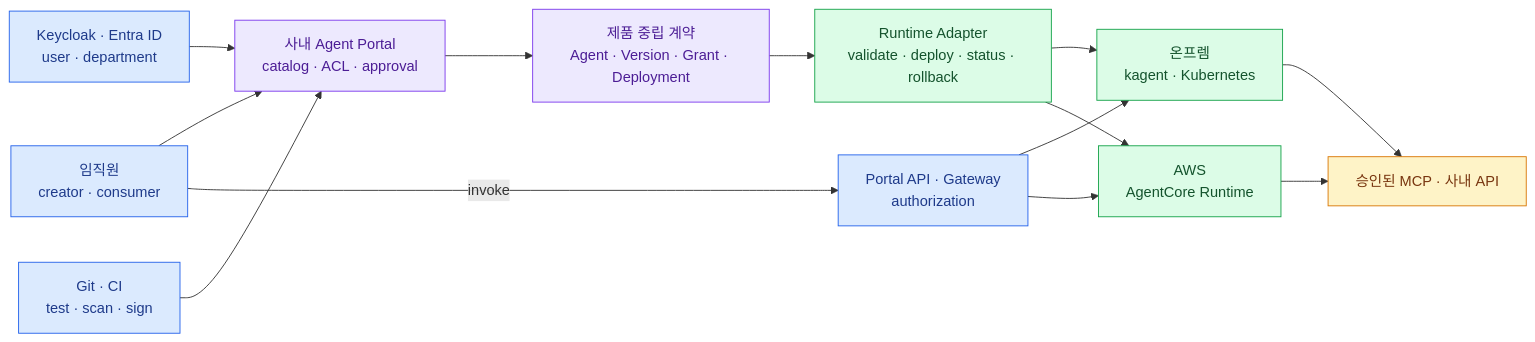
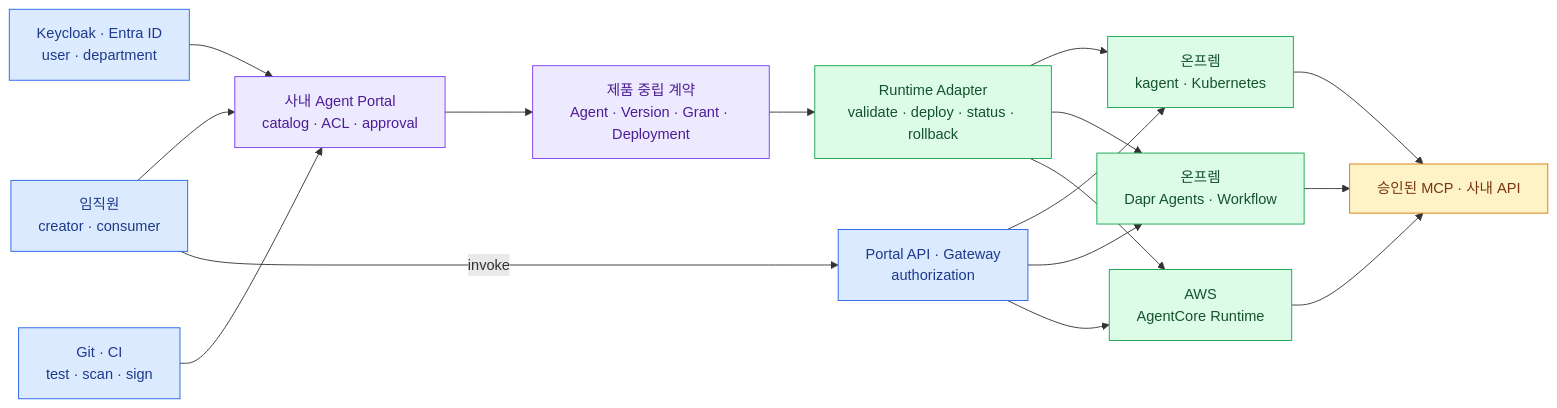
The diagram in src/content/docs/agent-platform/index.mdx (mechurak/study-starlight), drawn with Mermaid before and after one commit. The commit also changed other lines of this file and 24 other files, not shown here.

````diff
--- a/src/content/docs/agent-platform/index.mdx
+++ b/src/content/docs/agent-platform/index.mdx
@@ -21,26 +21,29 @@
 ```mermaid
 flowchart LR
     USER["임직원<br/>creator · consumer"] --> PORTAL["사내 Agent Portal<br/>catalog · ACL · approval"]
     IDP["Keycloak · Entra ID<br/>user · department"] --> PORTAL
     GIT["Git · CI<br/>test · scan · sign"] --> PORTAL
 
     PORTAL --> CORE["제품 중립 계약<br/>Agent · Version · Grant · Deployment"]
     CORE --> ADAPTER["Runtime Adapter<br/>validate · deploy · status · rollback"]
     ADAPTER --> KAG["온프렘<br/>kagent · Kubernetes"]
+    ADAPTER --> DAPR["온프렘<br/>Dapr Agents · Workflow"]
     ADAPTER --> AWS["AWS<br/>AgentCore Runtime"]
 
     USER -->|"invoke"| EDGE["Portal API · Gateway<br/>authorization"]
     EDGE --> KAG
+    EDGE --> DAPR
     EDGE --> AWS
     KAG --> TOOL["승인된 MCP · 사내 API"]
+    DAPR --> TOOL
     AWS --> TOOL
 
     classDef key fill:#dbeafe,stroke:#2563eb,color:#1e3a8a
     classDef zone fill:#ede9fe,stroke:#7c3aed,color:#4c1d95
     classDef ok fill:#dcfce7,stroke:#16a34a,color:#14532d
     classDef warn fill:#fef3c7,stroke:#d97706,color:#78350f
     class USER,IDP,GIT,EDGE key
     class PORTAL,CORE zone
-    class ADAPTER,KAG,AWS ok
+    class ADAPTER,KAG,DAPR,AWS ok
     class TOOL warn
 ```
````
